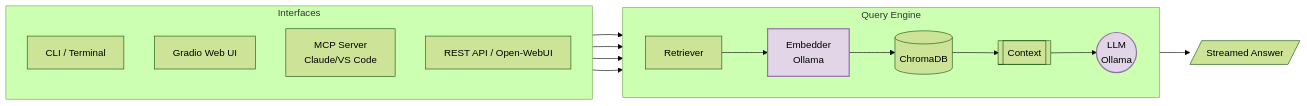
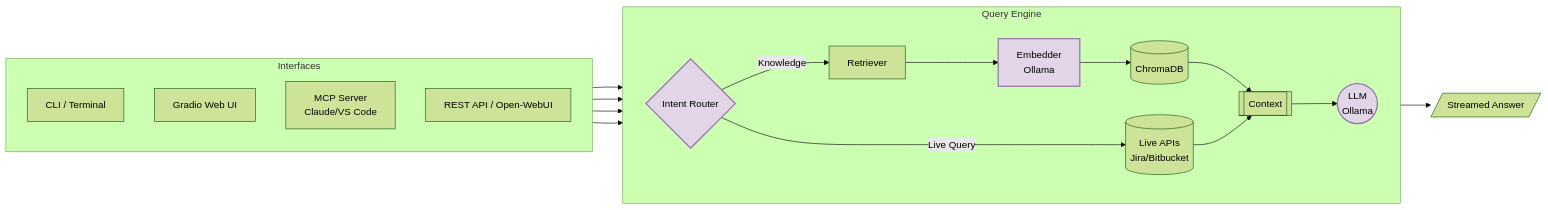
One commit to r-xue/ragdoll changed the second of 2 diagrams in docs/architecture.md. Above: the diagram before and after it, drawn with Mermaid (forest theme). The commit also changed other lines of this file and 1 other file, not shown here.

Commit message:
docs: document live database querying and Intent Router
* Add "Live Database Querying" feature explanation to usage docs
* Update Query Engine Mermaid diagram to include Intent Router and Live APIs
* Colorize Intent Router as an AI component in architecture graph
* Add Intent Routing explanation to the architecture query pipeline

````diff
--- a/docs/architecture.md
+++ b/docs/architecture.md
@@ -42,34 +42,41 @@
 ```{mermaid}
 graph LR
     classDef ai fill:#e1d5e7,stroke:#9673a6,stroke-width:2px,color:#000;
 
     subgraph Interfaces
         direction TB
         CLI[CLI / Terminal]
         WEB[Gradio Web UI]
         MCP[MCP Server<br/>Claude/VS Code]
         API[REST API / Open-WebUI]
     end
 
     subgraph Query Engine
         direction LR
+        ROUTER{Intent Router}
         RET[Retriever]
         EMB[Embedder<br/>Ollama]
         DB[(ChromaDB)]
+        LIVE[(Live APIs<br/>Jira/Bitbucket)]
         CTX[[Context]]
         LLM((LLM<br/>Ollama))
     end
 
-    CLI --> RET
-    WEB --> RET
-    MCP --> RET
-    API --> RET
+    CLI --> ROUTER
+    WEB --> ROUTER
+    MCP --> ROUTER
+    API --> ROUTER
 
+    ROUTER -->|Knowledge| RET
     RET --> EMB
     EMB --> DB
     DB --> CTX
+    
+    ROUTER -->|Live Query| LIVE
+    LIVE --> CTX
+
     CTX --> LLM
     LLM --> OUT[/Streamed Answer/]
 
-    class EMB,LLM ai;
+    class EMB,LLM,ROUTER ai;
 ```
````
